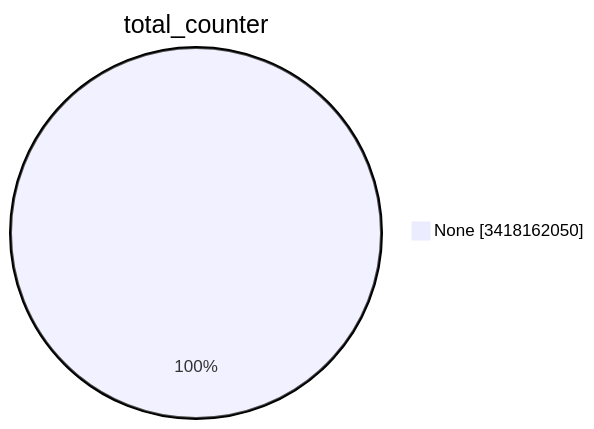
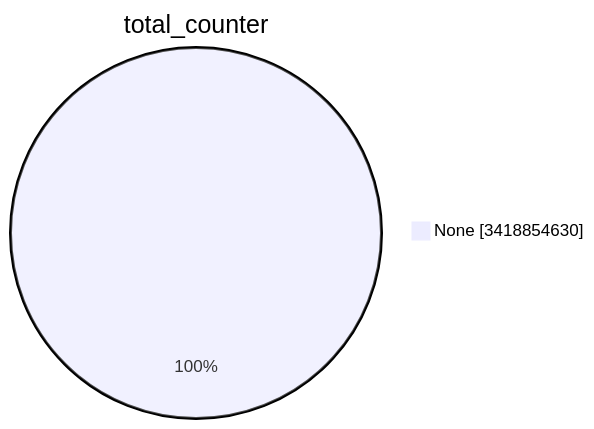
Before and after one commit to christiankrug/ctmonitor_visualization: the first of 15 diagrams in TOTAL/README.md, drawn with Mermaid. The commit also changed other lines of this file, not shown here.

````diff
--- a/TOTAL/README.md
+++ b/TOTAL/README.md
@@ -1,5 +1,5 @@
 ```mermaid
 pie showData
 title total_counter
-"None" :3418162050
+"None" :3418854630
 ```
````
